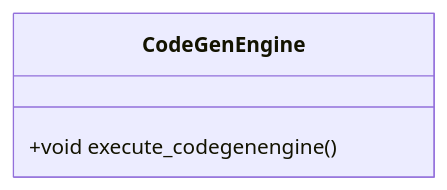
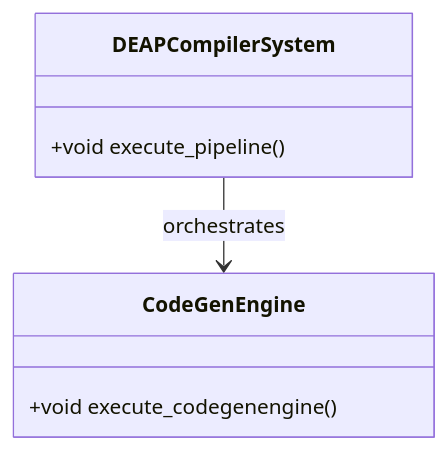
The diagram in docs/features/FEAT-51-CodeGenEngine.md (gintatkinson/dumpiler-01), drawn with Mermaid before and after one commit. The commit also changed other lines of this file and 90 other files, not shown here.

````diff
--- a/docs/features/FEAT-51-CodeGenEngine.md
+++ b/docs/features/FEAT-51-CodeGenEngine.md
@@ -25,6 +25,10 @@
 ```mermaid
 classDiagram
+    class DEAPCompilerSystem {
+        +void execute_pipeline()
+    }
     class CodeGenEngine {
         +void execute_codegenengine()
     }
+    DEAPCompilerSystem --> CodeGenEngine : orchestrates
 ```
````
